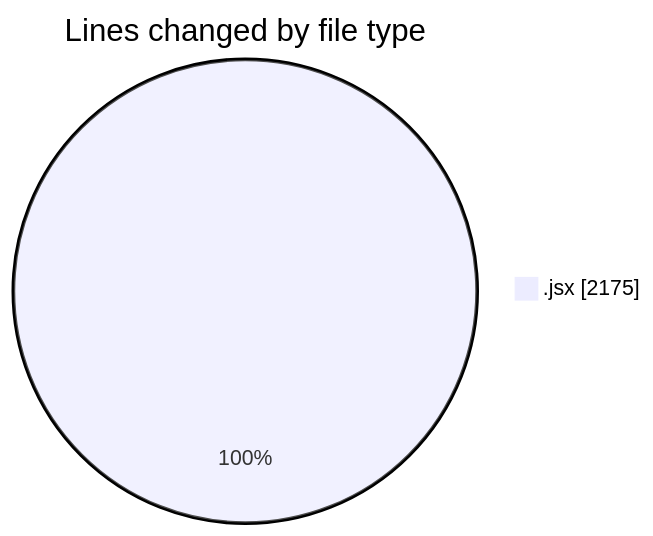
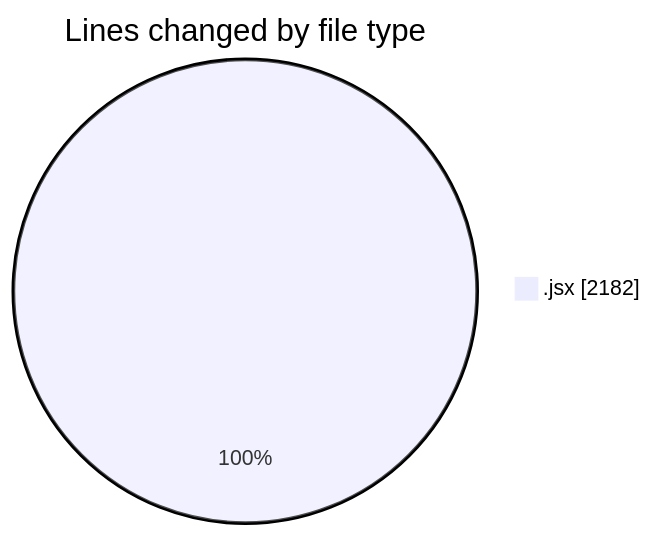
One commit to nxtqubesakshisongat/code-tracking changed the first of 2 diagrams in 2026-01-12/nxtqube_webapp/README.md. Above: the diagram before and after it, drawn with Mermaid. The commit also changed other lines of this file and 1 other file, not shown here.

````diff
--- a/2026-01-12/nxtqube_webapp/README.md
+++ b/2026-01-12/nxtqube_webapp/README.md
@@ -22,5 +22,5 @@
 ```mermaid
 pie showData
 title Lines changed by file type
-".jsx" : 2175
+".jsx" : 2182
 ```
````
